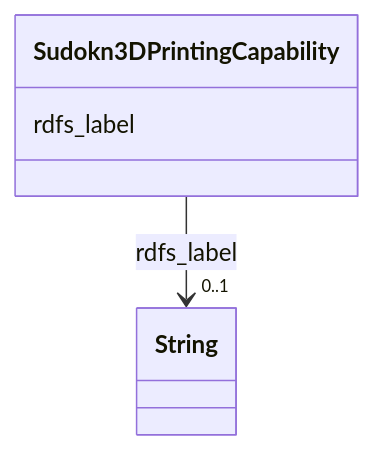
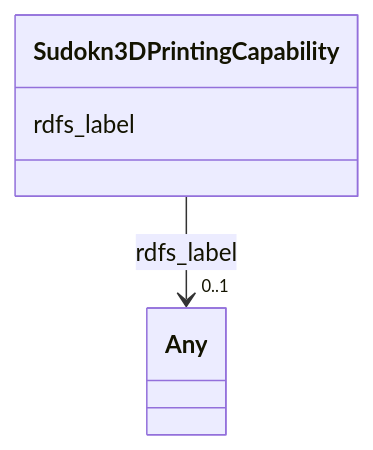
One commit to frink-okn/graph-descriptions changed the diagram in sudokn-kg/classes/Sudokn3DPrintingCapability.md. Above: the diagram before and after it, drawn with Mermaid. The commit also changed other lines of this file and 903 other files, not shown here.

````diff
--- a/sudokn-kg/classes/Sudokn3DPrintingCapability.md
+++ b/sudokn-kg/classes/Sudokn3DPrintingCapability.md
@@ -23,15 +18,15 @@
 ```mermaid
  classDiagram
     class Sudokn3DPrintingCapability
     click Sudokn3DPrintingCapability href "../Sudokn3DPrintingCapability"
       Sudokn3DPrintingCapability : rdfs_label
         
           
     
     
-    Sudokn3DPrintingCapability --> "0..1" String : rdfs_label
-    click String href "../String"
+    Sudokn3DPrintingCapability --> "0..1" Any : rdfs_label
+    click Any href "../Any"
 
         
       
 ```
````
